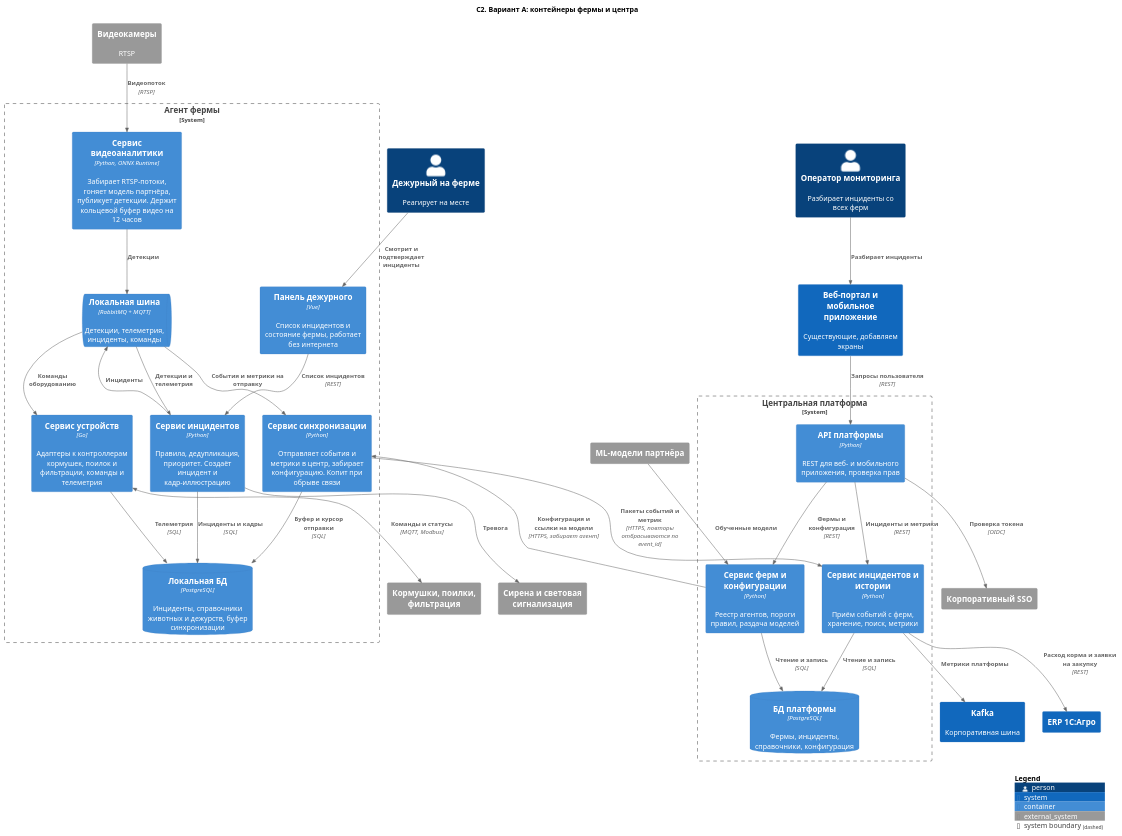
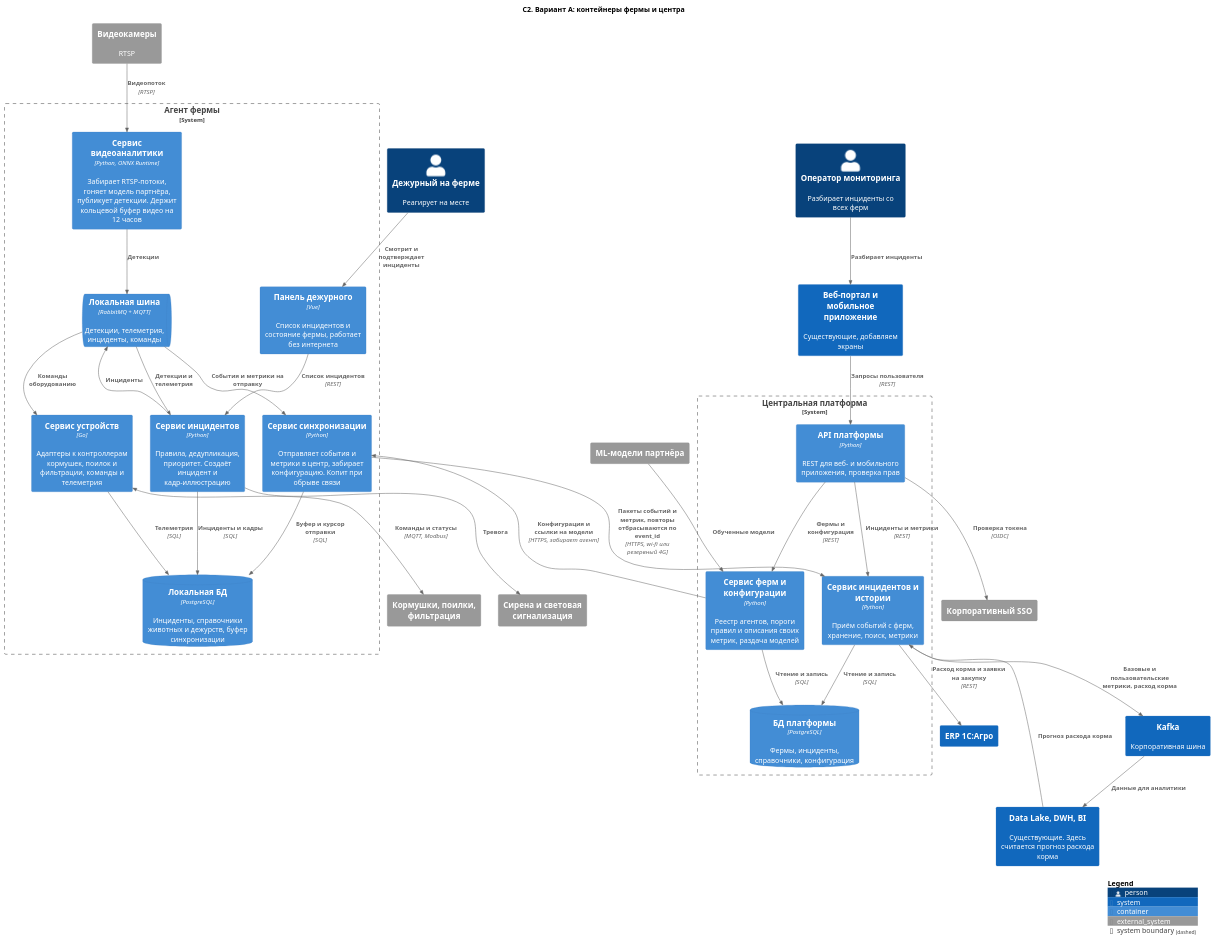
One commit to FCTL3314/MSA-AgroTech changed the diagram in Task2/C2-main.puml. Above: the diagram before and after it, drawn with PlantUML. The commit also changed 7 other files, not shown here.

```diff
--- a/Task2/C2-main.puml
+++ b/Task2/C2-main.puml
@@ -1,63 +1,66 @@
 @startuml C2-main
 !include <C4/C4_Container>
 
 title C2. Вариант A: контейнеры фермы и центра
 
 Person(duty, "Дежурный на ферме", "Реагирует на месте")
 Person(operator, "Оператор мониторинга", "Разбирает инциденты со всех ферм")
 
 System_Boundary(farm, "Агент фермы") {
   Container(video, "Сервис видеоаналитики", "Python, ONNX Runtime", "Забирает RTSP-потоки, гоняет модель партнёра, публикует детекции. Держит кольцевой буфер видео на 12 часов")
   Container(incidents, "Сервис инцидентов", "Python", "Правила, дедупликация, приоритет. Создаёт инцидент и кадр-иллюстрацию")
   Container(devices, "Сервис устройств", "Go", "Адаптеры к контроллерам кормушек, поилок и фильтрации, команды и телеметрия")
   Container(sync, "Сервис синхронизации", "Python", "Отправляет события и метрики в центр, забирает конфигурацию. Копит при обрыве связи")
   Container(panel, "Панель дежурного", "Vue", "Список инцидентов и состояние фермы, работает без интернета")
   ContainerQueue(bus, "Локальная шина", "RabbitMQ + MQTT", "Детекции, телеметрия, инциденты, команды")
   ContainerDb(farmdb, "Локальная БД", "PostgreSQL", "Инциденты, справочники животных и дежурств, буфер синхронизации")
 }
 
 System_Boundary(hq, "Центральная платформа") {
   Container(api, "API платформы", "Python", "REST для веб- и мобильного приложения, проверка прав")
-  Container(fleet, "Сервис ферм и конфигурации", "Python", "Реестр агентов, пороги правил, раздача моделей")
+  Container(fleet, "Сервис ферм и конфигурации", "Python", "Реестр агентов, пороги правил и описания своих метрик, раздача моделей")
   Container(history, "Сервис инцидентов и истории", "Python", "Приём событий с ферм, хранение, поиск, метрики")
   ContainerDb(centraldb, "БД платформы", "PostgreSQL", "Фермы, инциденты, справочники, конфигурация")
 }
 
 System_Ext(cameras, "Видеокамеры", "RTSP")
 System_Ext(equipment, "Кормушки, поилки, фильтрация")
 System_Ext(siren, "Сирена и световая сигнализация")
 System_Ext(mlmodel, "ML-модели партнёра")
 System_Ext(idp, "Корпоративный SSO")
 System(apps, "Веб-портал и мобильное приложение", "Существующие, добавляем экраны")
 System(kafka, "Kafka", "Корпоративная шина")
 System(erp, "ERP 1С:Агро")
+System(storage, "Data Lake, DWH, BI", "Существующие. Здесь считается прогноз расхода корма")
 
 Rel(cameras, video, "Видеопоток", "RTSP")
 Rel(video, bus, "Детекции")
 Rel(bus, incidents, "Детекции и телеметрия")
 Rel(incidents, bus, "Инциденты")
 Rel(bus, devices, "Команды оборудованию")
 BiRel(devices, equipment, "Команды и статусы", "MQTT, Modbus")
 Rel(incidents, siren, "Тревога")
 Rel(incidents, farmdb, "Инциденты и кадры", "SQL")
 Rel(devices, farmdb, "Телеметрия", "SQL")
 Rel(panel, incidents, "Список инцидентов", "REST")
 Rel(duty, panel, "Смотрит и подтверждает инциденты")
 Rel(bus, sync, "События и метрики на отправку")
 Rel(sync, farmdb, "Буфер и курсор отправки", "SQL")
 
-Rel(sync, history, "Пакеты событий и метрик", "HTTPS, повторы отбрасываются по event_id")
+Rel(sync, history, "Пакеты событий и метрик, повторы отбрасываются по event_id", "HTTPS, wi-fi или резервный 4G")
 Rel(fleet, sync, "Конфигурация и ссылки на модели", "HTTPS, забирает агент")
 Rel(mlmodel, fleet, "Обученные модели")
 Rel(history, centraldb, "Чтение и запись", "SQL")
 Rel(fleet, centraldb, "Чтение и запись", "SQL")
 Rel(api, history, "Инциденты и метрики", "REST")
 Rel(api, fleet, "Фермы и конфигурация", "REST")
 Rel(api, idp, "Проверка токена", "OIDC")
 Rel(apps, api, "Запросы пользователя", "REST")
 Rel(operator, apps, "Разбирает инциденты")
-Rel(history, kafka, "Метрики платформы")
+Rel(history, kafka, "Базовые и пользовательские метрики, расход корма")
+Rel(kafka, storage, "Данные для аналитики")
+Rel(storage, history, "Прогноз расхода корма")
 Rel(history, erp, "Расход корма и заявки на закупку", "REST")
 
 SHOW_LEGEND()
 @enduml
```
